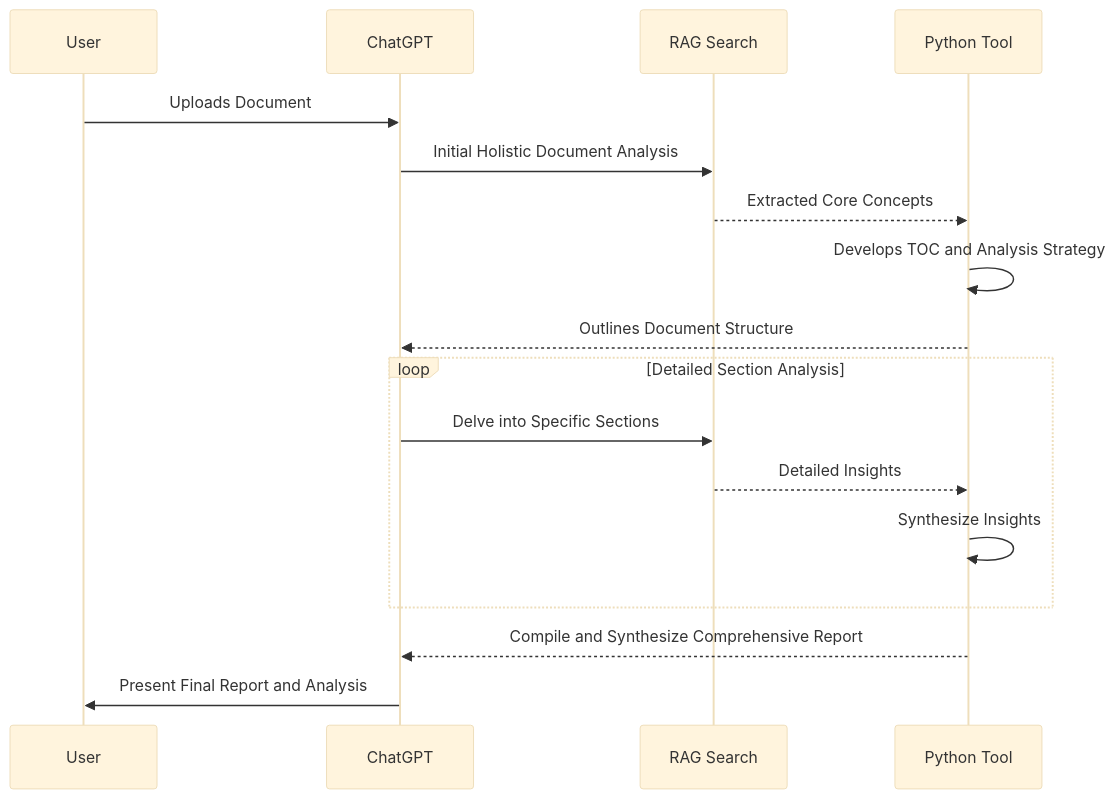
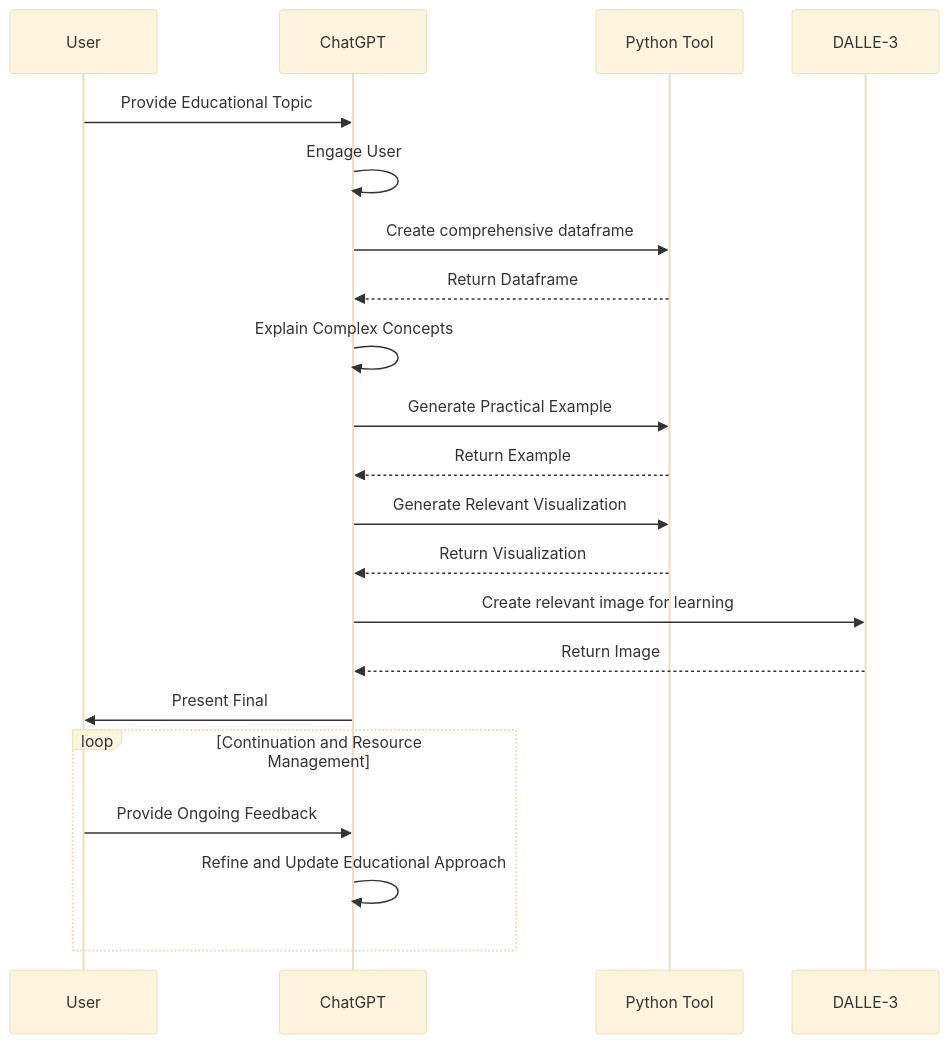
The diagram in README.md (nerority/Advanced-GPTs), drawn with Mermaid (base theme) before and after one commit. The commit also changed other lines of this file, not shown here.

````diff
--- a/README.md
+++ b/README.md
@@ -40,20 +40,24 @@
 ```mermaid
 sequenceDiagram
-    participant User
-    participant ChatGPT
-    participant RAG as RAG Search
-    participant PythonTool as Python Tool
-
-    User->>ChatGPT: Uploads Document
-    ChatGPT->>RAG: Initial Holistic Document Analysis
-    RAG-->>PythonTool: Extracted Core Concepts
-    PythonTool->>PythonTool: Develops TOC and Analysis Strategy
-    PythonTool-->>ChatGPT: Outlines Document Structure
-    loop Detailed Section Analysis
-        ChatGPT->>RAG: Delve into Specific Sections
-        RAG-->>PythonTool: Detailed Insights
-        PythonTool->>PythonTool: Synthesize Insights
-    end
-    PythonTool-->>ChatGPT: Compile and Synthesize Comprehensive Report
-    ChatGPT->>User: Present Final Report and Analysis
+	participant User
+	participant ChatGPT
+	participant Python as Python Tool
+	participant DALLE as DALLE-3
+	
+	User->>ChatGPT: Provide Educational Topic
+	ChatGPT->>ChatGPT: Engage User
+	ChatGPT->>Python: Create comprehensive dataframe
+	Python-->>ChatGPT: Return Dataframe
+	ChatGPT->>ChatGPT: Explain Complex Concepts
+	ChatGPT->>Python: Generate Practical Example
+	Python-->>ChatGPT: Return Example
+	ChatGPT->>Python: Generate Relevant Visualization
+	Python-->>ChatGPT: Return Visualization
+	ChatGPT->>DALLE: Create relevant image for learning
+	DALLE-->>ChatGPT: Return Image
+	ChatGPT->>User: Present Final
+	loop Continuation and Resource Management
+		User->>ChatGPT: Provide Ongoing Feedback
+		ChatGPT->>ChatGPT: Refine and Update Educational Approach
+	end
 ```
````
